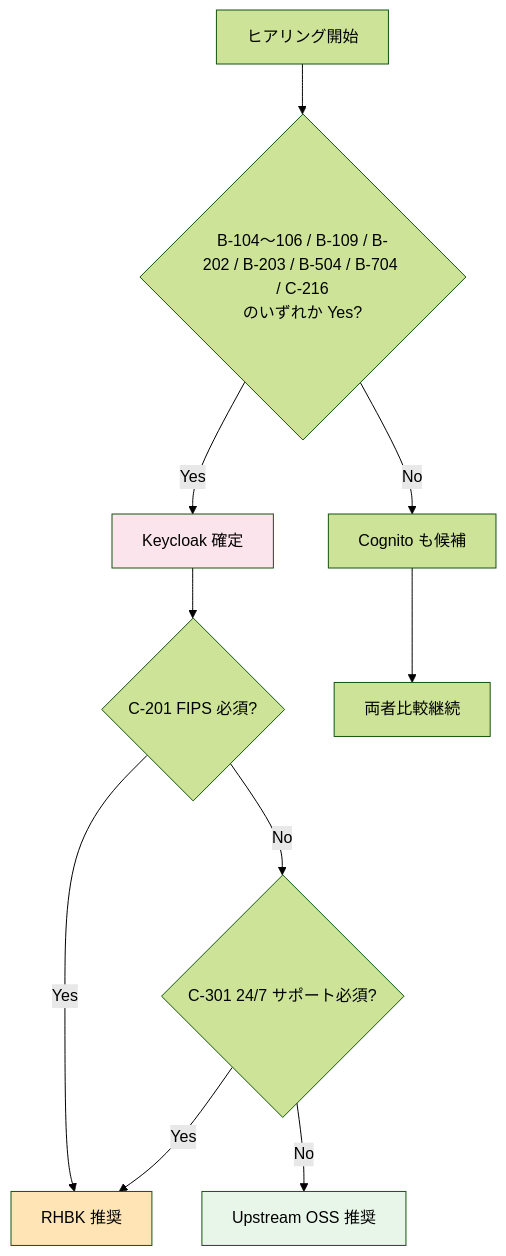
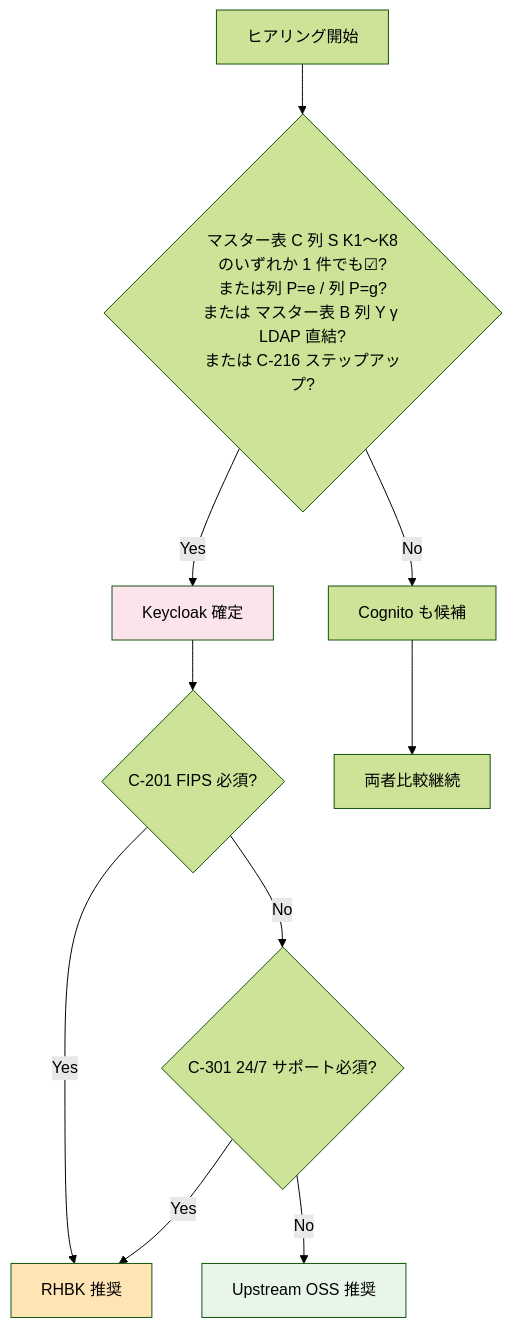
One commit to suepie/aws-atuh-poc changed the first of 2 diagrams in doc/requirements/hearing-checklist.md. Above: the diagram before and after it, drawn with Mermaid (forest theme). The commit also changed other lines of this file and 3 other files, not shown here.

````diff
--- a/doc/requirements/hearing-checklist.md
+++ b/doc/requirements/hearing-checklist.md
@@ -291,26 +425,26 @@
 ```mermaid
 flowchart TB
     Start[ヒアリング開始]
-    Q1{B-104〜106 / B-109 / B-202 / B-203 / B-504 / B-704 / C-216<br/>のいずれか Yes?}
+    Q1{マスター表 C 列 S K1〜K8<br/>のいずれか 1 件でも☑?<br/>または列 P=e / 列 P=g?<br/>または マスター表 B 列 Y γ LDAP 直結?<br/>または C-216 ステップアップ?}
     Q2{C-201 FIPS 必須?}
     Q3{C-301 24/7 サポート必須?}
     KC[Keycloak 確定]
     Cog[Cognito も候補]
     RHBK[RHBK 推奨]
     OSS[Upstream OSS 推奨]
     Both[両者比較継続]
 
     Start --> Q1
     Q1 -->|Yes| KC
     Q1 -->|No| Cog
     KC --> Q2
     Cog --> Both
     Q2 -->|Yes| RHBK
     Q2 -->|No| Q3
     Q3 -->|Yes| RHBK
     Q3 -->|No| OSS
 
     style KC fill:#fce4ec
     style RHBK fill:#ffe4b5
     style OSS fill:#e8f5e9
 ```
````
